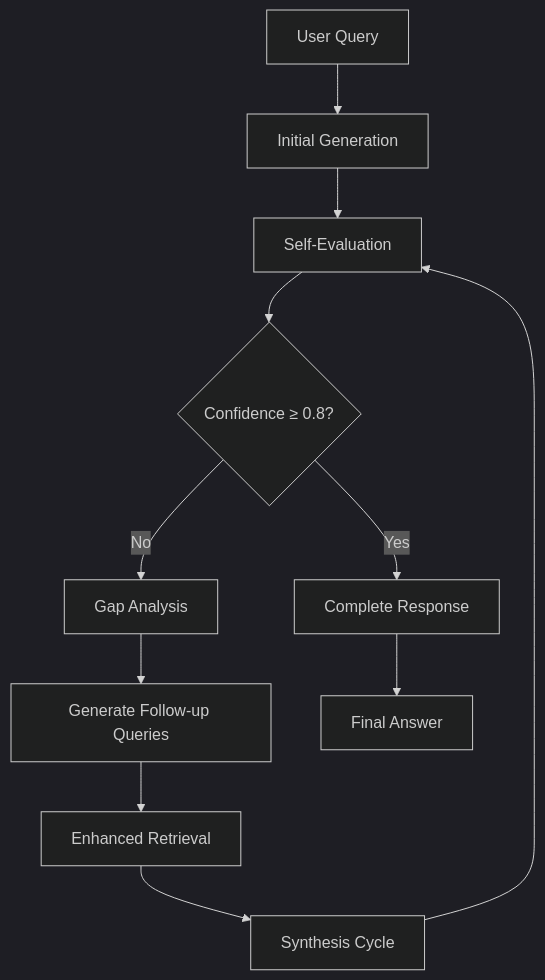
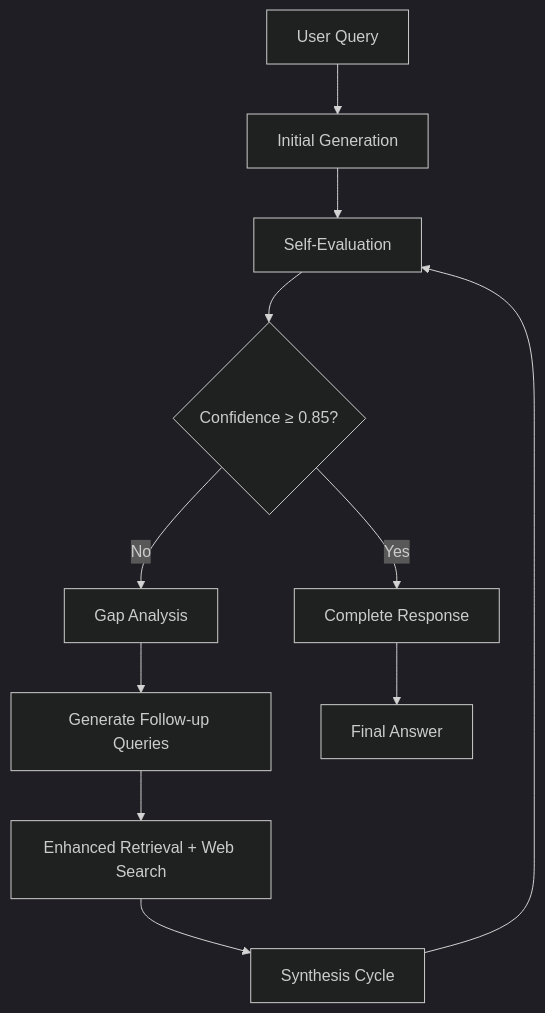
Before and after one commit to Kaustubh0912/Multi-cycle-RAG: the diagram in README.md, drawn with Mermaid (dark theme). The commit also changed other lines of this file and 5 other files, not shown here.

Commit message:
Rewrite API and installation docs for clarity, add web search setup,

````diff
--- a/README.md
+++ b/README.md
@@ -225,13 +246,13 @@
 ```mermaid
 graph TB
     A[User Query] --> B[Initial Generation]
     B --> C[Self-Evaluation]
-    C --> D{Confidence ≥ 0.8?}
+    C --> D{Confidence ≥ 0.85?}
     D -->|Yes| E[Complete Response]
     D -->|No| F[Gap Analysis]
     F --> G[Generate Follow-up Queries]
-    G --> H[Enhanced Retrieval]
+    G --> H[Enhanced Retrieval + Web Search]
     H --> I[Synthesis Cycle]
     I --> C
     E --> J[Final Answer]
 ```
````
